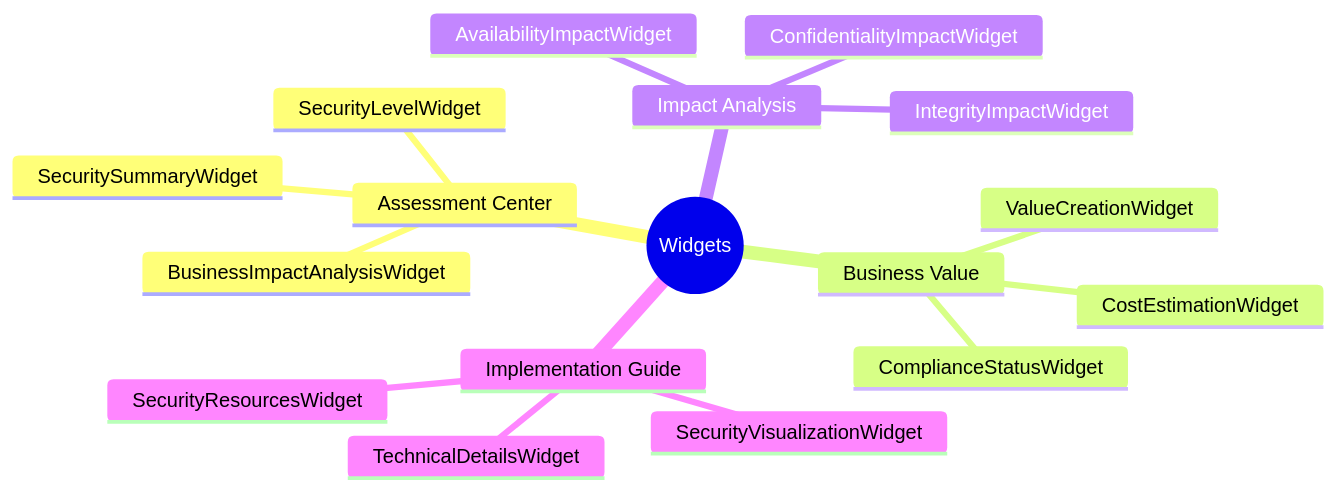
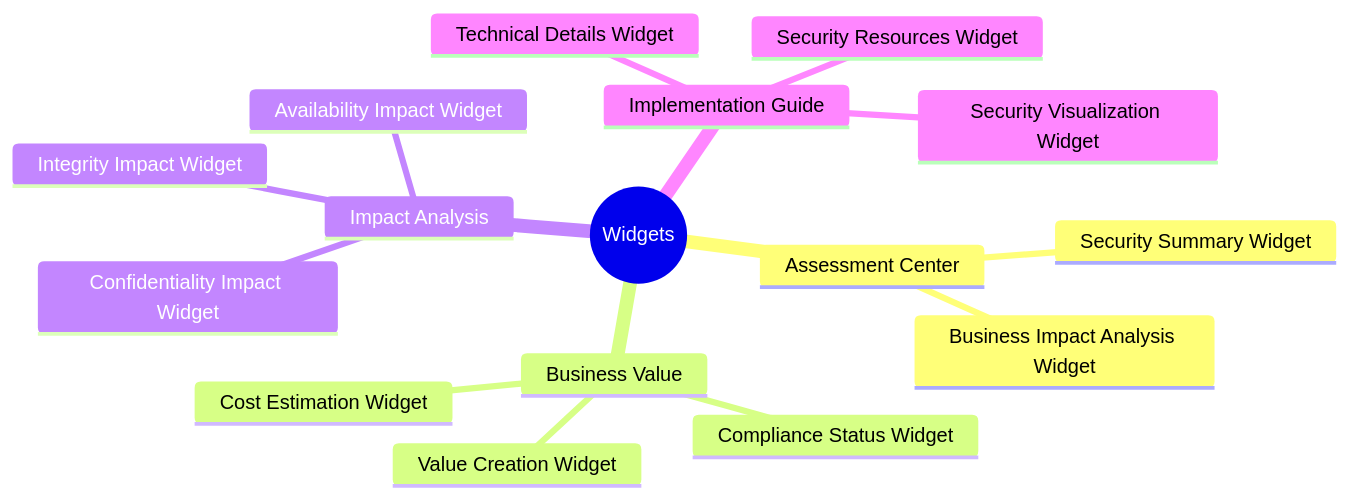
The first of 6 diagrams in docs/architecture/WIDGET_ANALYSIS.md (Hack23/cia-compliance-manager), drawn with Mermaid before and after one commit. The commit also changed other lines of this file and 7 other files, not shown here.

````diff
--- a/docs/architecture/WIDGET_ANALYSIS.md
+++ b/docs/architecture/WIDGET_ANALYSIS.md
@@ -9,20 +21,19 @@
 ```mermaid
 mindmap
   root((Widgets))
     Assessment Center
-      SecurityLevelWidget
-      SecuritySummaryWidget
-      BusinessImpactAnalysisWidget
+      Security Summary Widget
+      Business Impact Analysis Widget
     Business Value
-      ComplianceStatusWidget
-      CostEstimationWidget
-      ValueCreationWidget
+      Compliance Status Widget
+      Cost Estimation Widget 
+      Value Creation Widget
     Impact Analysis
-      AvailabilityImpactWidget
-      IntegrityImpactWidget
-      ConfidentialityImpactWidget
+      Confidentiality Impact Widget
+      Integrity Impact Widget
+      Availability Impact Widget
     Implementation Guide
-      SecurityResourcesWidget
-      SecurityVisualizationWidget
-      TechnicalDetailsWidget
+      Technical Details Widget
+      Security Resources Widget
+      Security Visualization Widget
 ```
````
